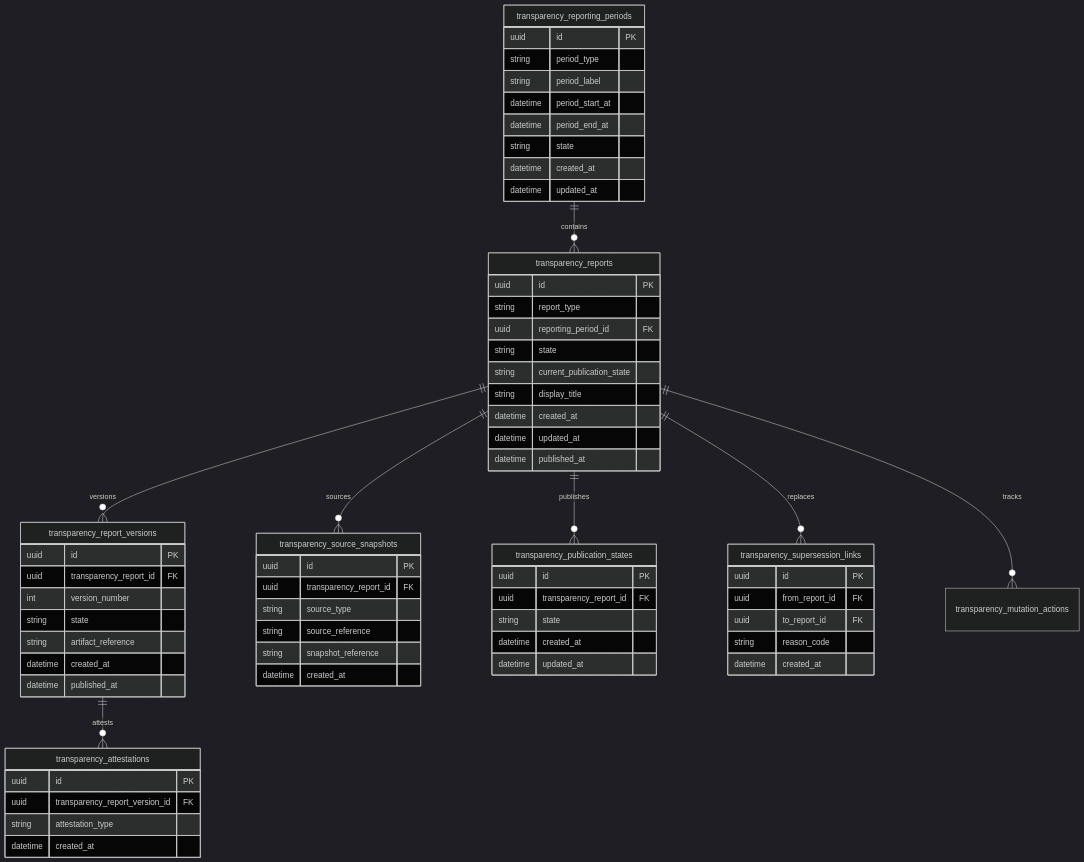
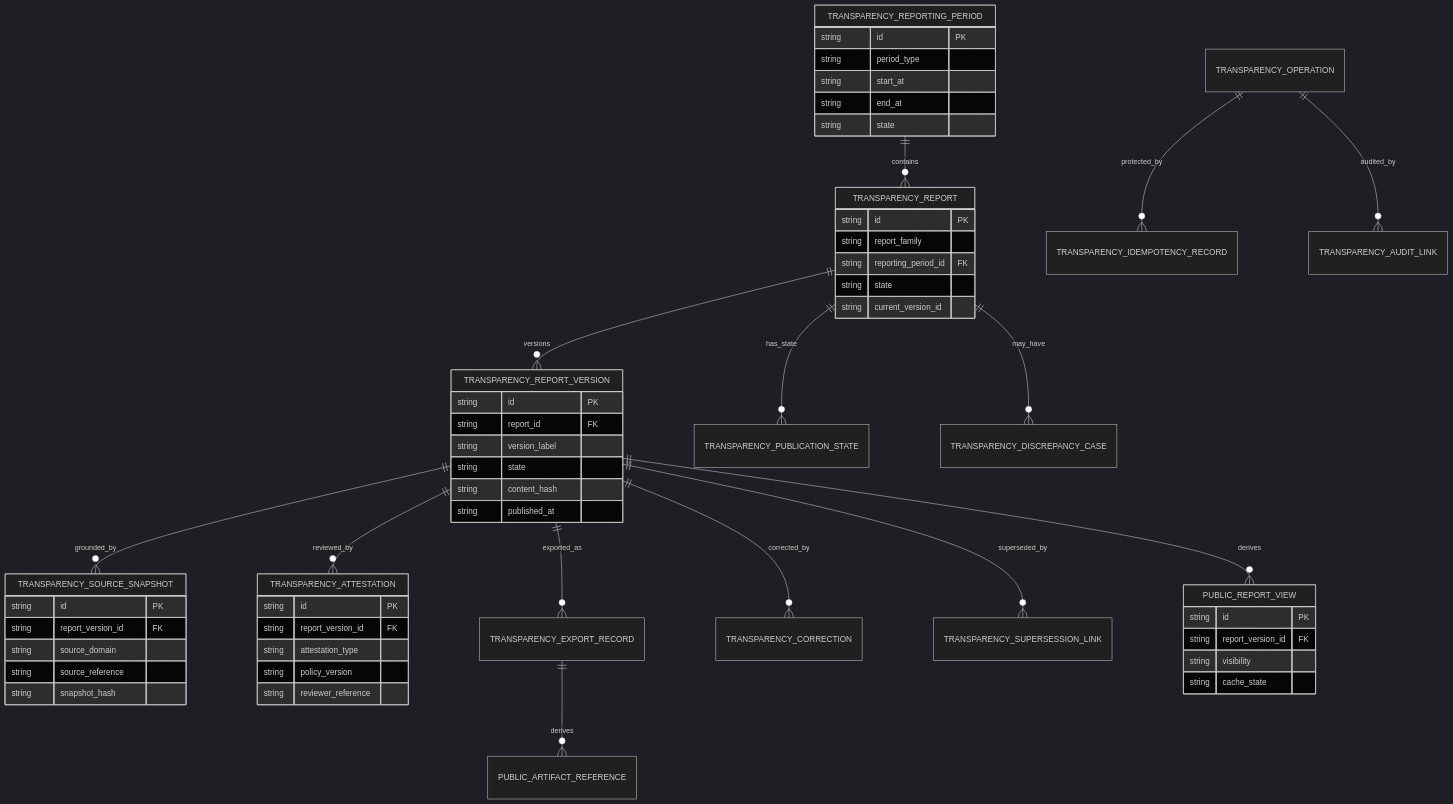
Before and after one commit to fuze-ac/api-specs: the second of 3 diagrams in TRANSPARENCY_REPORTING_API_SPEC.md, drawn with Mermaid (dark theme). The commit also changed other lines of this file and 50 other files, not shown here.

````diff
--- a/TRANSPARENCY_REPORTING_API_SPEC.md
+++ b/TRANSPARENCY_REPORTING_API_SPEC.md
@@ -1069,75 +443,59 @@
 ```mermaid
 erDiagram
-    transparency_reporting_periods ||--o{ transparency_reports : contains
-    transparency_reports ||--o{ transparency_report_versions : versions
-    transparency_reports ||--o{ transparency_source_snapshots : sources
-    transparency_report_versions ||--o{ transparency_attestations : attests
-    transparency_reports ||--o{ transparency_publication_states : publishes
-    transparency_reports ||--o{ transparency_supersession_links : replaces
-    transparency_reports ||--o{ transparency_mutation_actions : tracks
+    TRANSPARENCY_REPORTING_PERIOD ||--o{ TRANSPARENCY_REPORT : contains
+    TRANSPARENCY_REPORT ||--o{ TRANSPARENCY_REPORT_VERSION : versions
+    TRANSPARENCY_REPORT_VERSION ||--o{ TRANSPARENCY_SOURCE_SNAPSHOT : grounded_by
+    TRANSPARENCY_REPORT_VERSION ||--o{ TRANSPARENCY_ATTESTATION : reviewed_by
+    TRANSPARENCY_REPORT ||--o{ TRANSPARENCY_PUBLICATION_STATE : has_state
+    TRANSPARENCY_REPORT_VERSION ||--o{ TRANSPARENCY_EXPORT_RECORD : exported_as
+    TRANSPARENCY_REPORT_VERSION ||--o{ TRANSPARENCY_CORRECTION : corrected_by
+    TRANSPARENCY_REPORT_VERSION ||--o{ TRANSPARENCY_SUPERSESSION_LINK : superseded_by
+    TRANSPARENCY_REPORT ||--o{ TRANSPARENCY_DISCREPANCY_CASE : may_have
+    TRANSPARENCY_OPERATION ||--o{ TRANSPARENCY_IDEMPOTENCY_RECORD : protected_by
+    TRANSPARENCY_OPERATION ||--o{ TRANSPARENCY_AUDIT_LINK : audited_by
+    TRANSPARENCY_REPORT_VERSION ||--o{ PUBLIC_REPORT_VIEW : derives
+    TRANSPARENCY_EXPORT_RECORD ||--o{ PUBLIC_ARTIFACT_REFERENCE : derives
 
-    transparency_reporting_periods {
-        uuid id PK
+    TRANSPARENCY_REPORTING_PERIOD {
+        string id PK
         string period_type
-        string period_label
-        datetime period_start_at
-        datetime period_end_at
+        string start_at
+        string end_at
         string state
-        datetime created_at
-        datetime updated_at
     }
-
-    transparency_reports {
-        uuid id PK
-        string report_type
-        uuid reporting_period_id FK
+    TRANSPARENCY_REPORT {
+        string id PK
+        string report_family
+        string reporting_period_id FK
         string state
-        string current_publication_state
-        string display_title
-        datetime created_at
-        datetime updated_at
-        datetime published_at
+        string current_version_id
     }
-
-    transparency_report_versions {
-        uuid id PK
-        uuid transparency_report_id FK
-        int version_number
+    TRANSPARENCY_REPORT_VERSION {
+        string id PK
+        string report_id FK
+        string version_label
         string state
-        string artifact_reference
-        datetime created_at
-        datetime published_at
+        string content_hash
+        string published_at
     }
-
-    transparency_source_snapshots {
-        uuid id PK
-        uuid transparency_report_id FK
-        string source_type
+    TRANSPARENCY_SOURCE_SNAPSHOT {
+        string id PK
+        string report_version_id FK
+        string source_domain
         string source_reference
-        string snapshot_reference
-        datetime created_at
+        string snapshot_hash
     }
-
-    transparency_attestations {
-        uuid id PK
-        uuid transparency_report_version_id FK
+    TRANSPARENCY_ATTESTATION {
+        string id PK
+        string report_version_id FK
         string attestation_type
-        datetime created_at
+        string policy_version
+        string reviewer_reference
     }
-
-    transparency_publication_states {
-        uuid id PK
-        uuid transparency_report_id FK
-        string state
-        datetime created_at
-        datetime updated_at
-    }
-
-    transparency_supersession_links {
-        uuid id PK
-        uuid from_report_id FK
-        uuid to_report_id FK
-        string reason_code
-        datetime created_at
+    PUBLIC_REPORT_VIEW {
+        string id PK
+        string report_version_id FK
+        string visibility
+        string cache_state
     }
 ```
````
